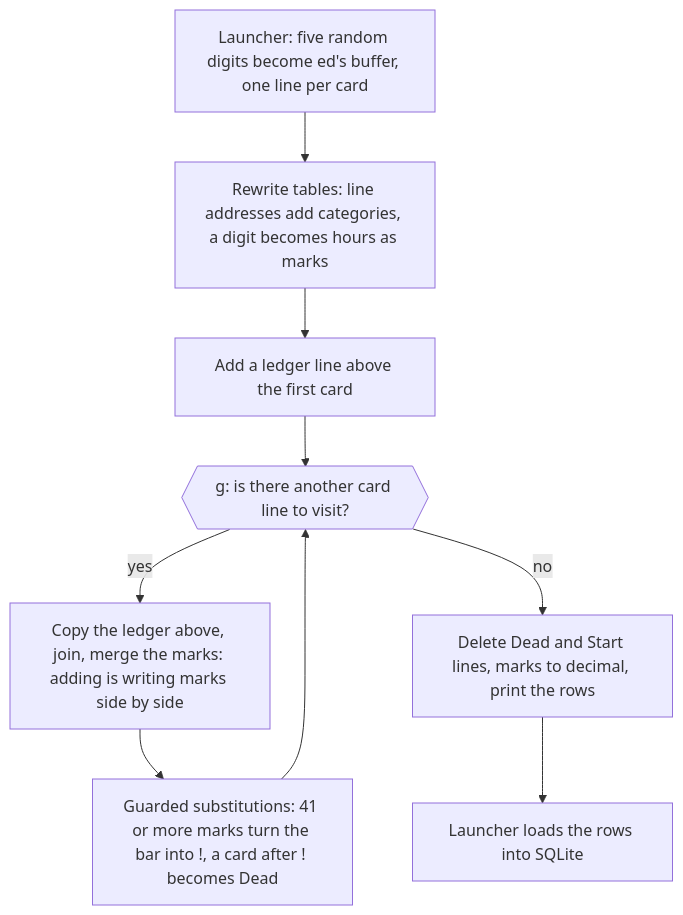
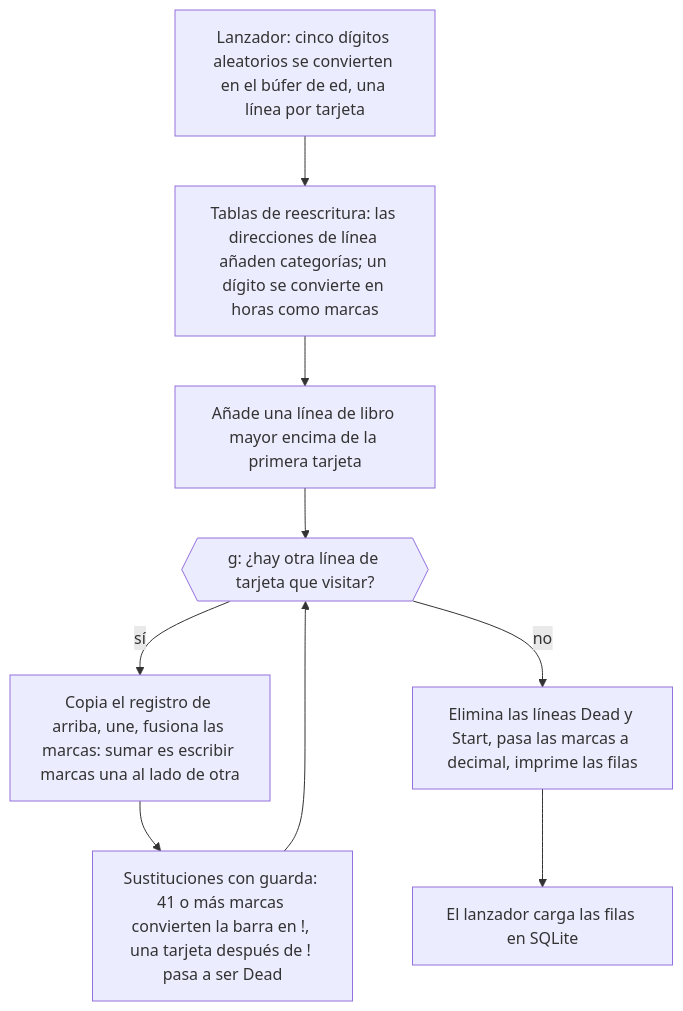
One commit to dullroar/aprende-a-programar-como-un-bicho-raro changed the diagram in src/ed-weird/README.md. Above: the diagram before and after it, drawn with Mermaid. The commit also changed other lines of this file and 15 other files, not shown here.

Commit message:
loop(P4-src-5): cobol-weird, cobol, ed-weird READMEs translated (170 segments); identifier and verb waivers, heading and digit fixes

````diff
--- a/src/ed-weird/README.md
+++ b/src/ed-weird/README.md
@@ -59,13 +59,13 @@
 ```mermaid
 flowchart TD
-    accTitle: ed-weird: one global command over a text buffer
-    accDescr: A flowchart. The launcher gives ed five random digits as a buffer of five lines. The script adds a category to each line by line address, rewrites each digit into hours and a run of marks with a table of substitutions, and adds a ledger line above the first card. Then one global command visits every card line in buffer order. For each card it copies the ledger above, joins the lines, and merges the marks, which adds the hours. Guarded substitutions then turn the ledger bar into an exclamation mark when there are 41 or more marks, and turn any card after that into a dead card. When all cards are visited, ed deletes the dead and start lines, rewrites marks into decimal, and prints the rows. The launcher loads them into SQLite.
-    A["Launcher: five random digits become ed's buffer, one line per card"] --> B["Rewrite tables: line addresses add categories, a digit becomes hours as marks"]
-    B --> C["Add a ledger line above the first card"]
-    C --> D{{"g: is there another card line to visit?"}}
-    D -->|yes| E["Copy the ledger above, join, merge the marks: adding is writing marks side by side"]
-    E --> F["Guarded substitutions: 41 or more marks turn the bar into !, a card after ! becomes Dead"]
+    accTitle: ed-weird: un comando global sobre un búfer de texto
+    accDescr: Un diagrama de flujo. El lanzador entrega a ed cinco dígitos aleatorios como un búfer de cinco líneas. El script añade una categoría a cada línea según su dirección de línea, reescribe cada dígito como horas y una serie de marcas con una tabla de sustituciones, y añade una línea de registro encima de la primera tarjeta. Luego un comando global visita cada línea de tarjeta en el orden del búfer. Para cada tarjeta, copia el registro de arriba, une las líneas y fusiona las marcas, lo que suma las horas. Después, unas sustituciones condicionadas cambian la barra del registro por un signo de exclamación cuando hay 41 marcas o más, y convierten en tarjeta muerta cualquier tarjeta posterior. Cuando se han visitado todas las tarjetas, ed borra las líneas muertas y la de inicio, reescribe las marcas en decimal e imprime las filas. El lanzador las carga en SQLite.
+    A["Lanzador: cinco dígitos aleatorios se convierten en el búfer de ed, una línea por tarjeta"] --> B["Tablas de reescritura: las direcciones de línea añaden categorías; un dígito se convierte en horas como marcas"]
+    B --> C["Añade una línea de libro mayor encima de la primera tarjeta"]
+    C --> D{{"g: ¿hay otra línea de tarjeta que visitar?"}}
+    D -->|sí| E["Copia el registro de arriba, une, fusiona las marcas: sumar es escribir marcas una al lado de otra"]
+    E --> F["Sustituciones con guarda: 41 o más marcas convierten la barra en !, una tarjeta después de ! pasa a ser Dead"]
     F --> D
-    D -->|no| G["Delete Dead and Start lines, marks to decimal, print the rows"]
-    G --> H["Launcher loads the rows into SQLite"]
+    D -->|no| G["Elimina las líneas Dead y Start, pasa las marcas a decimal, imprime las filas"]
+    G --> H["El lanzador carga las filas en SQLite"]
 ```
````
